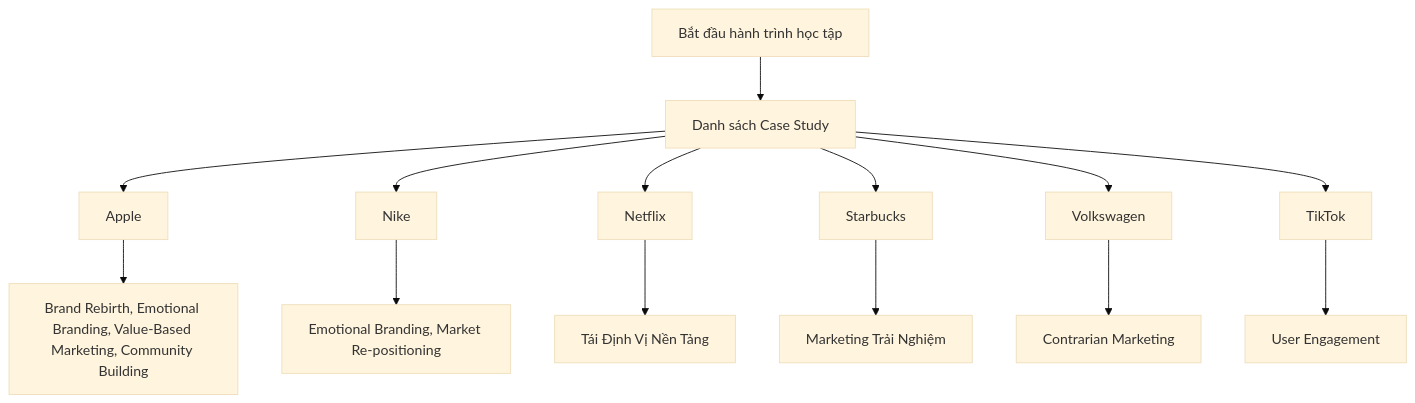
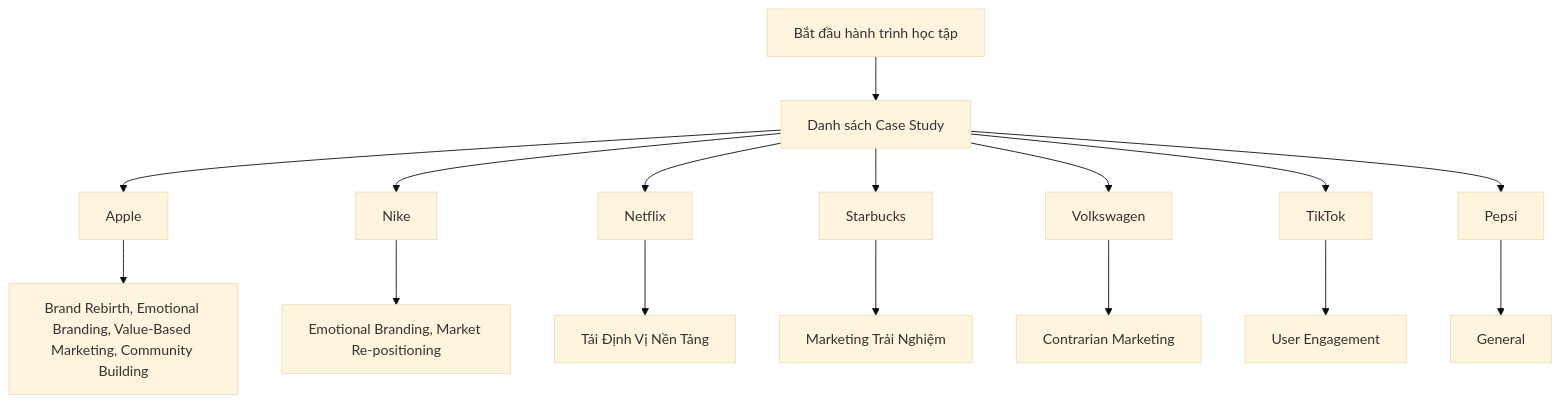
The diagram in README.md (quy2003/daily-marketing-cases), drawn with Mermaid (base theme) before and after one commit. The commit also changed other lines of this file and 3 other files, not shown here.

````diff
--- a/README.md
+++ b/README.md
@@ -25,16 +25,18 @@
 ```mermaid
 graph TD
     Start[Bắt đầu hành trình học tập] --> DailyCases[Danh sách Case Study]
     DailyCases --> Apple["Apple"]
     Apple --> BrandRebirthEmotionalBrandingValueBasedMarketingCommunityBuilding["Brand Rebirth, Emotional Branding, Value-Based Marketing, Community Building"]
     DailyCases --> Nike["Nike"]
     Nike --> EmotionalBrandingMarketRepositioning["Emotional Branding, Market Re-positioning"]
     DailyCases --> Netflix["Netflix"]
     Netflix --> TinhVNnTng["Tái Định Vị Nền Tảng"]
     DailyCases --> Starbucks["Starbucks"]
     Starbucks --> MarketingTriNghim["Marketing Trải Nghiệm"]
     DailyCases --> Volkswagen["Volkswagen"]
     Volkswagen --> ContrarianMarketing["Contrarian Marketing"]
     DailyCases --> TikTok["TikTok"]
     TikTok --> UserEngagement["User Engagement"]
+    DailyCases --> Pepsi["Pepsi"]
+    Pepsi --> General["General"]
 ```
````
